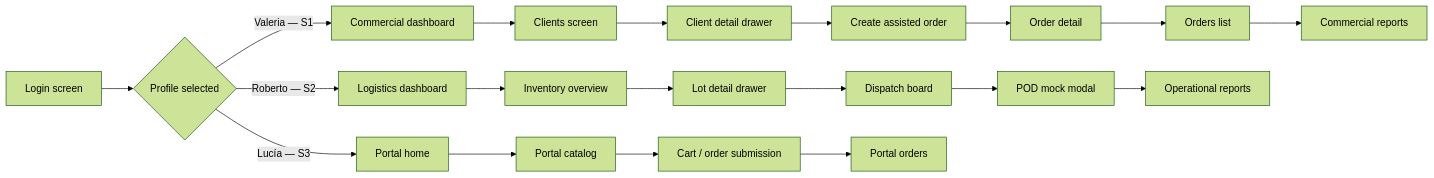
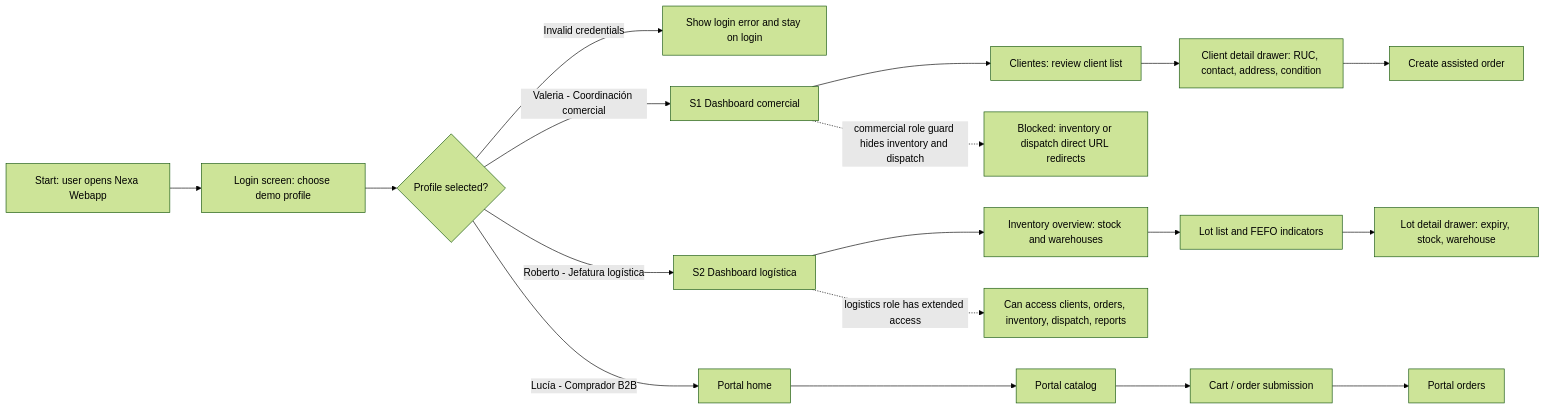
The first of 4 diagrams in report/40-chapter-4-product-design/4-4-web-applications-ux-ui-design.md (upc-pre-202610-1asi0730-12242-king/nexa-report), drawn with Mermaid (forest theme) before and after one commit. The commit also changed other lines of this file, not shown here.

Commit message:
docs(ch4): align webapp flows with user goals

````diff
--- a/report/40-chapter-4-product-design/4-4-web-applications-ux-ui-design.md
+++ b/report/40-chapter-4-product-design/4-4-web-applications-ux-ui-design.md
@@ -94,21 +94,20 @@
 ```mermaid
 flowchart LR
-    L["Login screen"] --> Role{"Profile selected"}
-    Role -->|"Valeria — S1"| S1D["Commercial dashboard"]
-    S1D --> C1["Clients screen"]
-    C1 --> C2["Client detail drawer"]
-    C2 --> O1["Create assisted order"]
-    O1 --> O2["Order detail"]
-    O2 --> O3["Orders list"]
-    O3 --> R1["Commercial reports"]
-    Role -->|"Roberto — S2"| S2D["Logistics dashboard"]
-    S2D --> I1["Inventory overview"]
-    I1 --> I2["Lot detail drawer"]
-    I2 --> D1["Dispatch board"]
-    D1 --> D2["POD mock modal"]
-    D2 --> R2["Operational reports"]
-    Role -->|"Lucía — S3"| P1["Portal home"]
-    P1 --> P2["Portal catalog"]
-    P2 --> P3["Cart / order submission"]
-    P3 --> P4["Portal orders"]
+    A["Start: user opens Nexa Webapp"] --> B["Login screen: choose demo profile"]
+    B --> C{"Profile selected?"}
+    C -- "Invalid credentials" --> X["Show login error and stay on login"]
+    C -- "Valeria - Coordinación comercial" --> S1D["S1 Dashboard comercial"]
+    S1D --> S1Clients["Clientes: review client list"]
+    S1Clients --> S1Detail["Client detail drawer: RUC, contact, address, condition"]
+    S1Detail --> S1Order["Create assisted order"]
+    S1D -. "commercial role guard hides inventory and dispatch" .-> S1Blocked["Blocked: inventory or dispatch direct URL redirects"]
+    C -- "Roberto - Jefatura logística" --> S2D["S2 Dashboard logística"]
+    S2D --> S2Inventory["Inventory overview: stock and warehouses"]
+    S2Inventory --> S2Lots["Lot list and FEFO indicators"]
+    S2Lots --> S2Detail["Lot detail drawer: expiry, stock, warehouse"]
+    S2D -. "logistics role has extended access" .-> S2Access["Can access clients, orders, inventory, dispatch, reports"]
+    C -- "Lucía - Comprador B2B" --> S3Home["Portal home"]
+    S3Home --> S3Catalog["Portal catalog"]
+    S3Catalog --> S3Cart["Cart / order submission"]
+    S3Cart --> S3Orders["Portal orders"]
 ```
````
